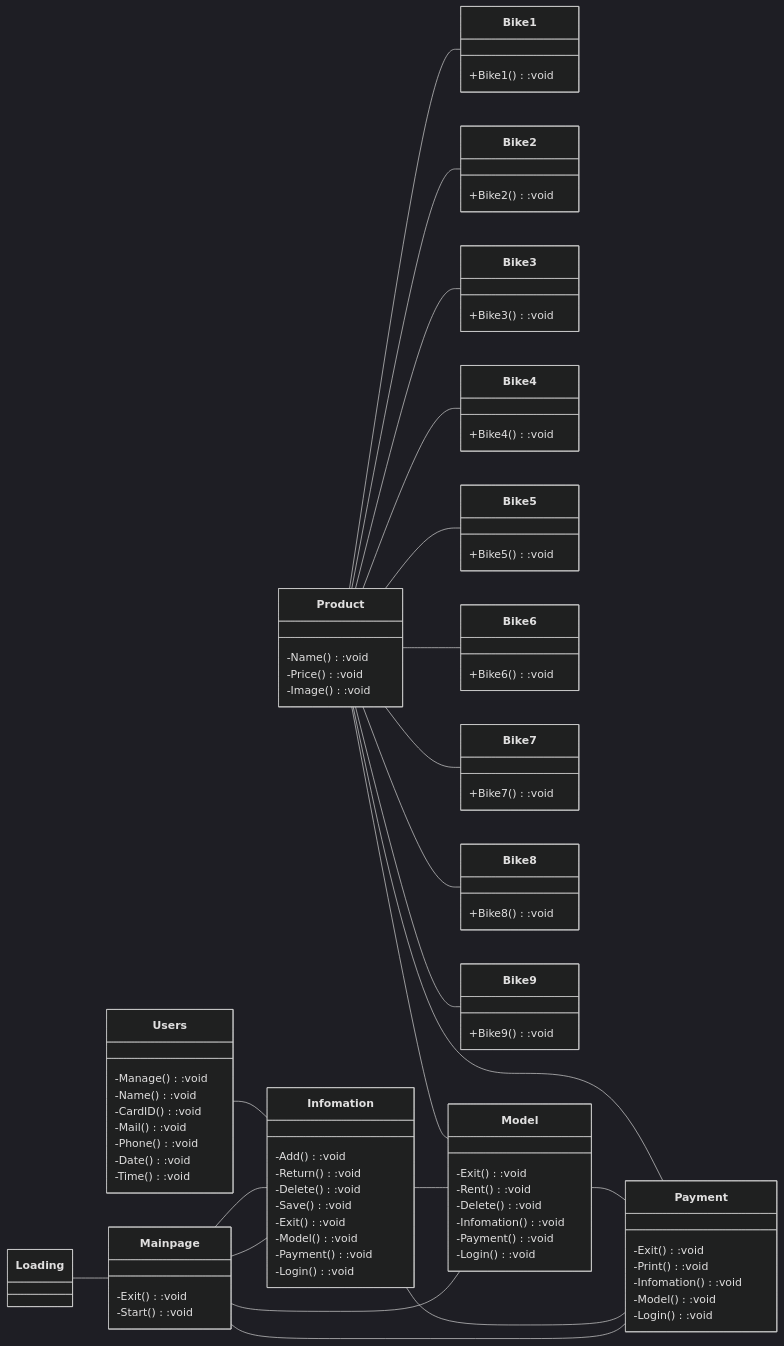
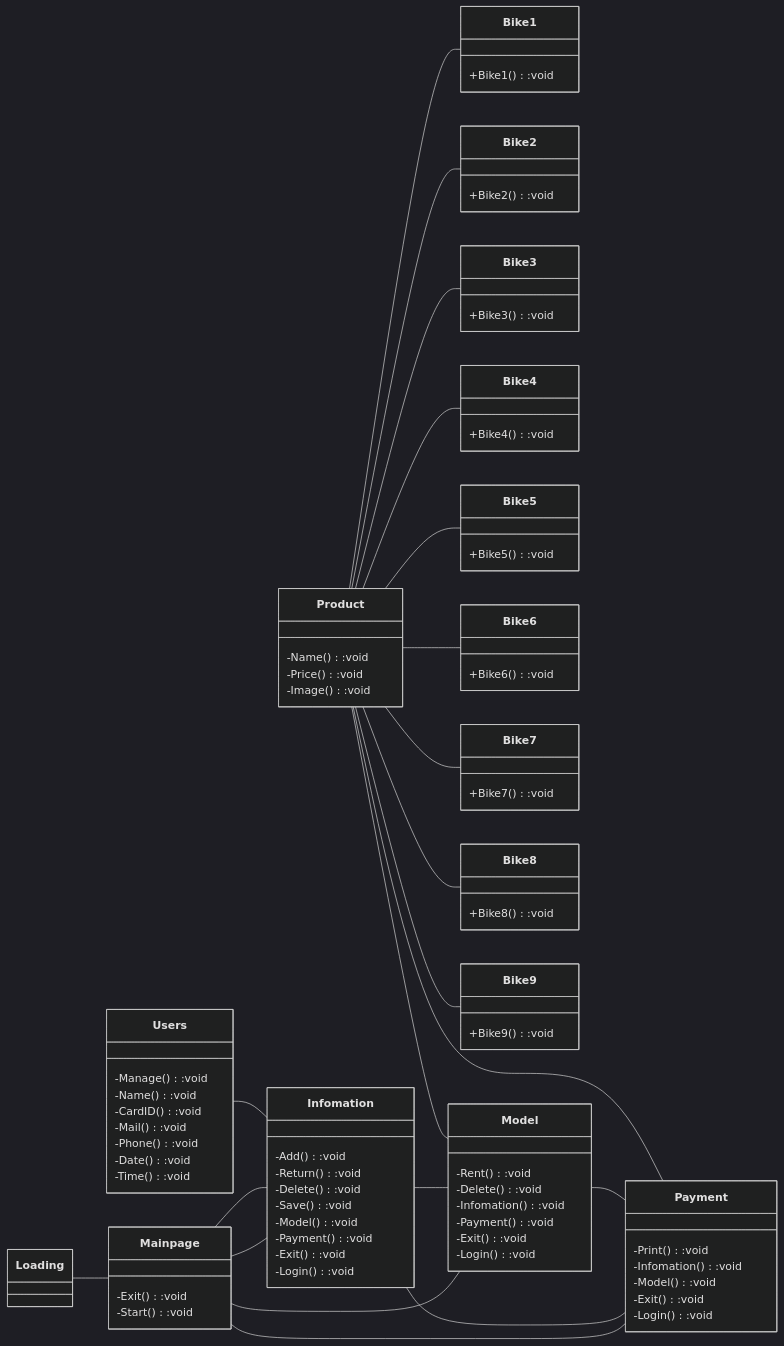
The diagram in README.md (pathipat11/Final-Project-OOP), drawn with Mermaid (dark theme) before and after one commit. The commit also changed other lines of this file, not shown here.

```diff
--- a/README.md
+++ b/README.md
@@ -26,9 +27,9 @@
   -Return():void
   -Delete():void
   -Save():void
-  -Exit():void
   -Model():void
   -Payment():void
+  -Exit():void
   -Login():void
 }
 
@@ -84,18 +85,18 @@
 }
 
   class Model{
-  -Exit():void
   -Rent():void
   -Delete():void
   -Infomation():void
   -Payment():void
+  -Exit():void
   -Login():void
 }
   class Payment{
-  -Exit():void
   -Print():void
   -Infomation():void
   -Model():void
+  -Exit():void
   -Login():void
 }  
   
```
